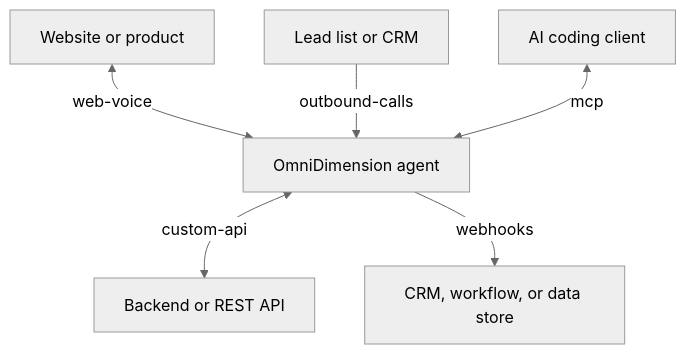
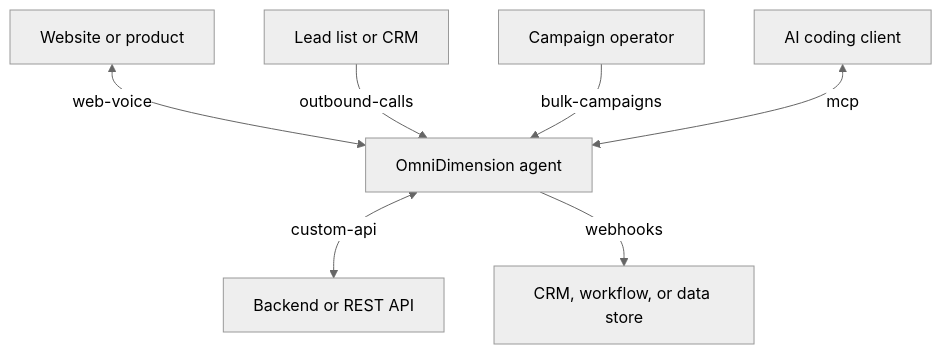
Before and after one commit to Omnidim/examples: the diagram in README.md, drawn with Mermaid. The commit also changed other lines of this file and 14 other files, not shown here.

First line of the commit message:
feat: bulk-campaigns example with the full lifecycle walkthrough (#36)

````diff
--- a/README.md
+++ b/README.md
@@ -63,9 +70,10 @@
 ```mermaid
 %%{init: {'theme': 'neutral'}}%%
 flowchart TB
   Website[Website or product] <--> |web-voice| Agent[OmniDimension agent]
   Agent <--> |custom-api| Backend[Backend or REST API]
   Leads[Lead list or CRM] --> |outbound-calls| Agent
+  Ops[Campaign operator] --> |bulk-campaigns| Agent
   Agent --> |webhooks| Destination[CRM, workflow, or data store]
   Client[AI coding client] <--> |mcp| Agent
 ```
````
